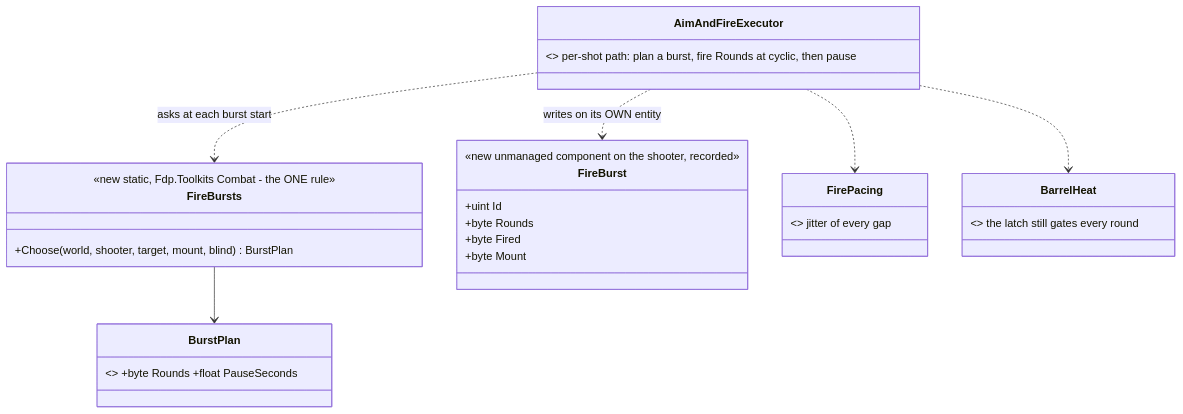
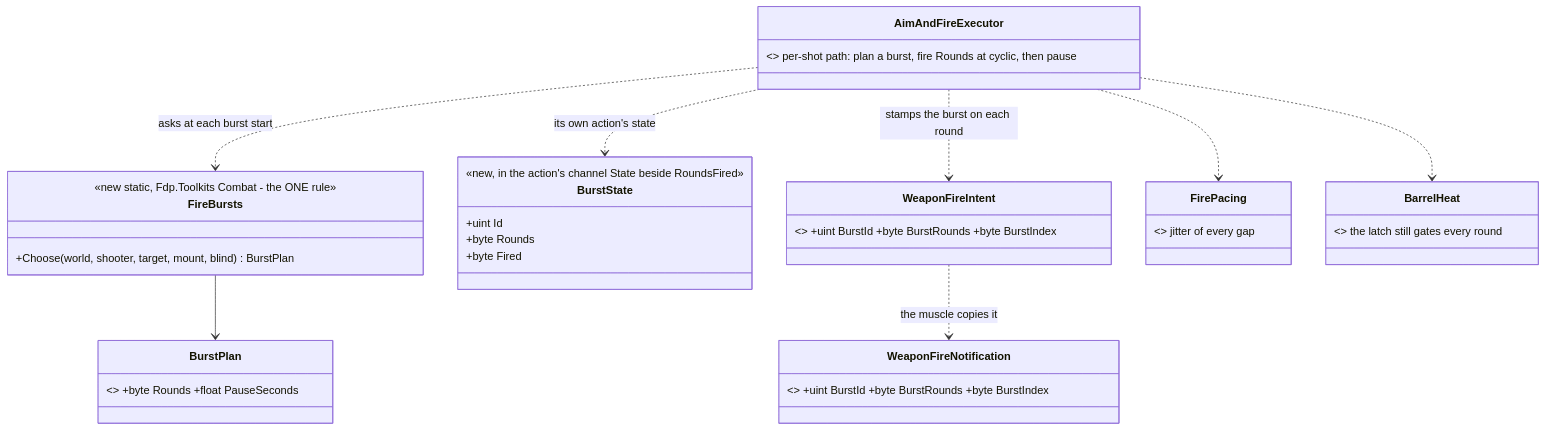
Diagram 31 of 34 in docs/DESIGN_Weapon_Layers.md (pjanec/HROT), drawn with Mermaid before and after one commit. The commit also changed other lines of this file and 1 other file, not shown here.

First line of the commit message:
CE-11033: §5l amended - the burst rides on each round's WeaponFireIntent / WeaponFireNotification (BurstId, BurstRounds, BurstIndex), the FireBurst component superseded; R-11013 recordings may break

````diff
--- a/docs/DESIGN_Weapon_Layers.md
+++ b/docs/DESIGN_Weapon_Layers.md
@@ -1258,23 +1258,26 @@
 ```mermaid
 classDiagram
     class FireBursts {
         <<new static, Fdp.Toolkits Combat - the ONE rule>>
         +Choose(world, shooter, target, mount, blind) BurstPlan
     }
     class BurstPlan { <<readonly struct>> +byte Rounds +float PauseSeconds }
-    class FireBurst {
-        <<new unmanaged component on the shooter, recorded>>
+    class BurstState {
+        <<new, in the action's channel State beside RoundsFired>>
         +uint Id
         +byte Rounds
         +byte Fired
-        +byte Mount
     }
+    class WeaponFireIntent { <<existing event, appended>> +uint BurstId +byte BurstRounds +byte BurstIndex }
+    class WeaponFireNotification { <<existing recorded event, appended>> +uint BurstId +byte BurstRounds +byte BurstIndex }
     class AimAndFireExecutor { <<existing>> per-shot path: plan a burst, fire Rounds at cyclic, then pause }
     class FirePacing { <<existing>> jitter of every gap }
     class BarrelHeat { <<existing>> the latch still gates every round }
     AimAndFireExecutor ..> FireBursts : asks at each burst start
-    AimAndFireExecutor ..> FireBurst : writes on its OWN entity
+    AimAndFireExecutor ..> BurstState : its own action's state
+    AimAndFireExecutor ..> WeaponFireIntent : stamps the burst on each round
+    WeaponFireIntent ..> WeaponFireNotification : the muscle copies it
     AimAndFireExecutor ..> FirePacing
     AimAndFireExecutor ..> BarrelHeat
     FireBursts --> BurstPlan
 ```
````
